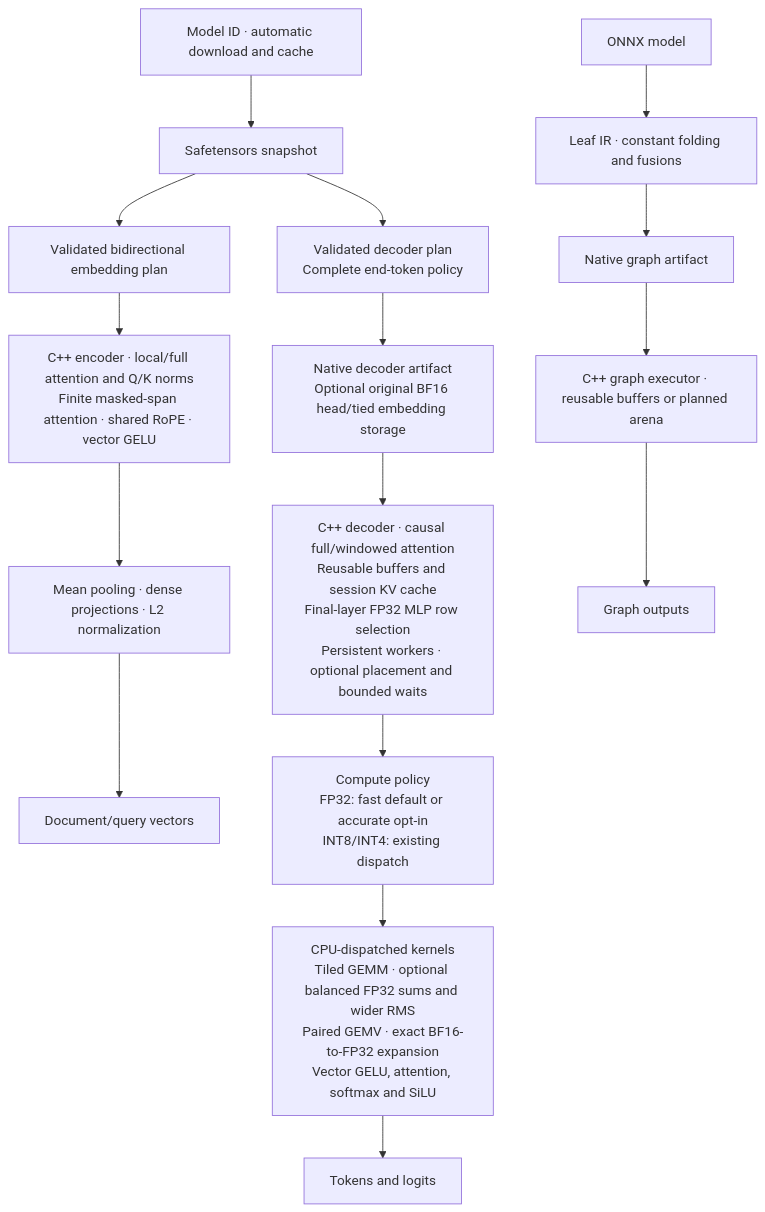
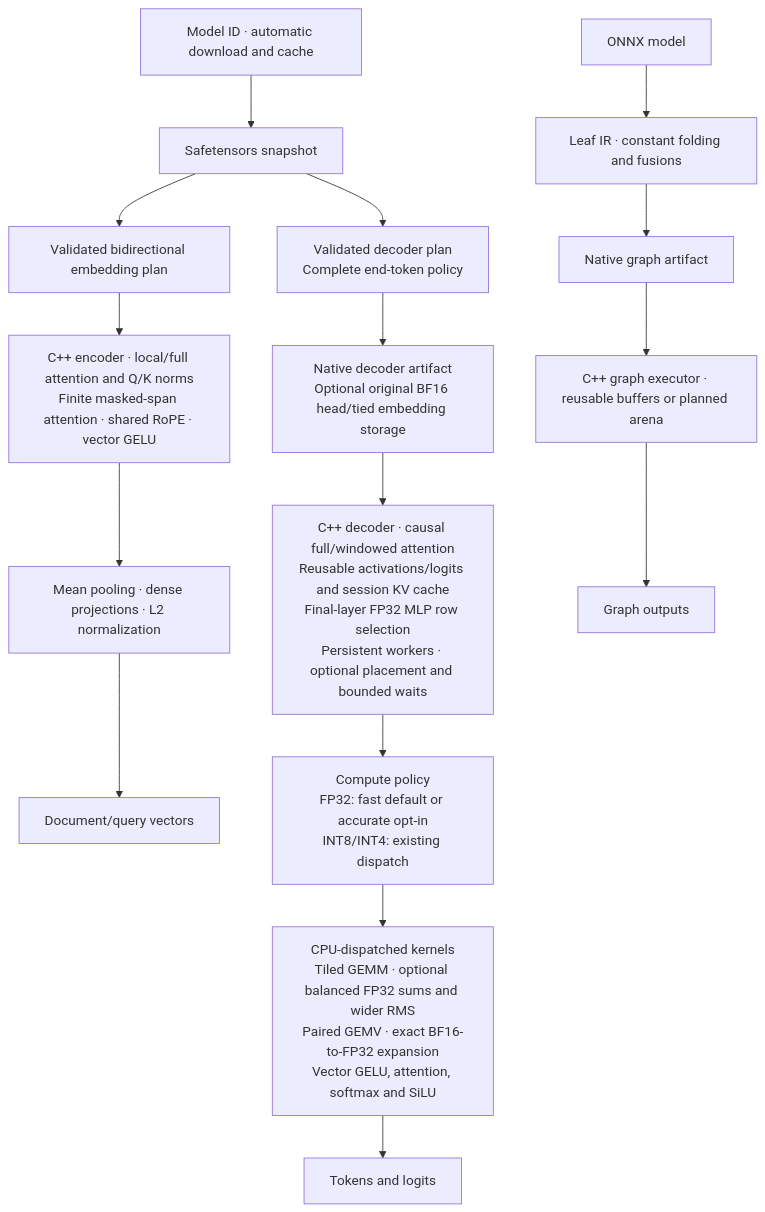
The first of 2 diagrams in README.md (Nbit-51/Leaf), drawn with Mermaid before and after one commit. The commit also changed other lines of this file and 21 other files, not shown here.

Commit message:
Add benchmark accounting and reusable decoder output buffers

````diff
--- a/README.md
+++ b/README.md
@@ -157,18 +157,18 @@
 ```mermaid
 flowchart TB
     H["Model ID · automatic download and cache"] --> S["Safetensors snapshot"]
     S --> P["Validated decoder plan<br/>Complete end-token policy"]
     S --> B["Validated bidirectional embedding plan"]
     B --> N["C++ encoder · local/full attention and Q/K norms<br/>Finite masked-span attention · shared RoPE · vector GELU"]
     N --> V["Mean pooling · dense projections · L2 normalization"]
     V --> F["Document/query vectors"]
     O["ONNX model"] --> G["Leaf IR · constant folding and fusions"]
     P --> D["Native decoder artifact<br/>Optional original BF16 head/tied embedding storage"]
     G --> A["Native graph artifact"]
-    D --> R["C++ decoder · causal full/windowed attention<br/>Reusable buffers and session KV cache<br/>Final-layer FP32 MLP row selection<br/>Persistent workers · optional placement and bounded waits"]
+    D --> R["C++ decoder · causal full/windowed attention<br/>Reusable activations/logits and session KV cache<br/>Final-layer FP32 MLP row selection<br/>Persistent workers · optional placement and bounded waits"]
     A --> E["C++ graph executor · reusable buffers or planned arena"]
     R --> M["Compute policy<br/>FP32: fast default or accurate opt-in<br/>INT8/INT4: existing dispatch"]
     M --> K["CPU-dispatched kernels<br/>Tiled GEMM · optional balanced FP32 sums and wider RMS<br/>Paired GEMV · exact BF16-to-FP32 expansion<br/>Vector GELU, attention, softmax and SiLU"]
     K --> T["Tokens and logits"]
     E --> U["Graph outputs"]
 ```
````
